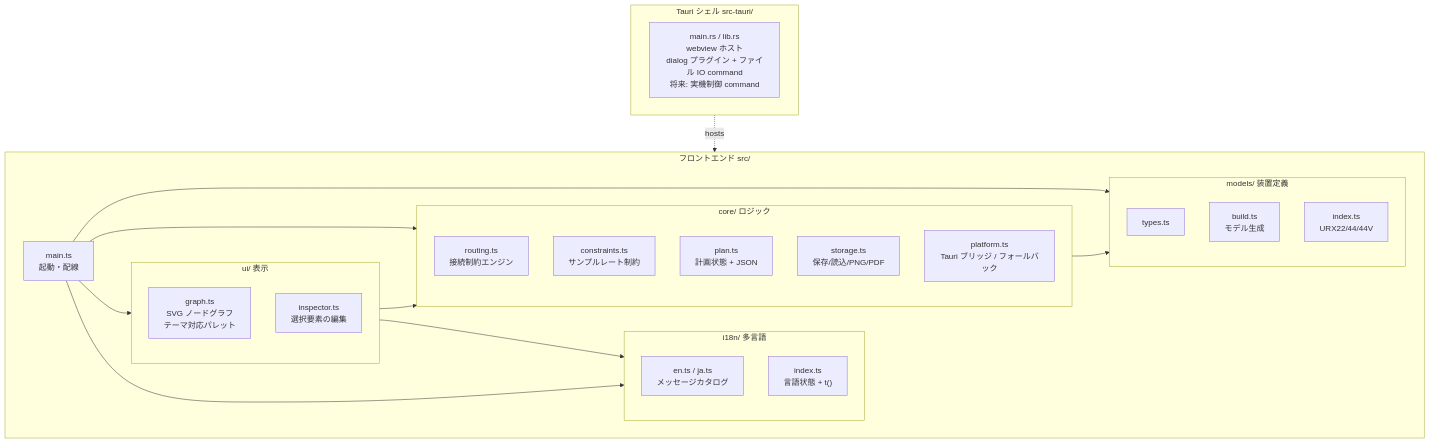
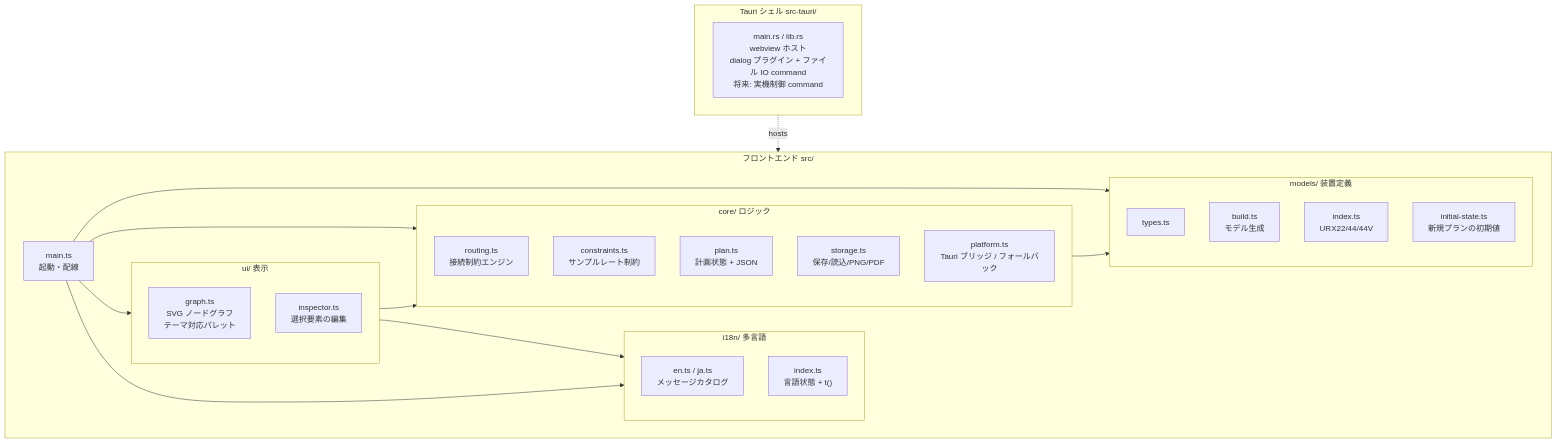
The diagram in docs/ja/architecture.md (semnil/urx-router), drawn with Mermaid before and after one commit. The commit also changed other lines of this file and 6 other files, not shown here.

First line of the commit message:
feat(plan): seed new plans from URX44V factory initial state

````diff
--- a/docs/ja/architecture.md
+++ b/docs/ja/architecture.md
@@ -24,34 +24,35 @@
 ```mermaid
 flowchart TD
   subgraph frontend[フロントエンド src/]
     main[main.ts<br/>起動・配線]
     subgraph models[models/ 装置定義]
       types[types.ts]
       build[build.ts<br/>モデル生成]
       reg[index.ts<br/>URX22/44/44V]
+      seed[initial-state.ts<br/>新規プランの初期値]
     end
     subgraph core[core/ ロジック]
       routing[routing.ts<br/>接続制約エンジン]
       constraints[constraints.ts<br/>サンプルレート制約]
       plan[plan.ts<br/>計画状態 + JSON]
       storage[storage.ts<br/>保存/読込/PNG/PDF]
       platform[platform.ts<br/>Tauri ブリッジ / フォールバック]
     end
     subgraph ui[ui/ 表示]
       graphts[graph.ts<br/>SVG ノードグラフ<br/>テーマ対応パレット]
       inspector[inspector.ts<br/>選択要素の編集]
     end
     subgraph i18n[i18n/ 多言語]
       cat[en.ts / ja.ts<br/>メッセージカタログ]
       runtime["index.ts<br/>言語状態 + t()"]
     end
   end
   subgraph shell[Tauri シェル src-tauri/]
     rust[main.rs / lib.rs<br/>webview ホスト<br/>dialog プラグイン + ファイル IO command<br/>将来: 実機制御 command]
   end
 
   main --> models & core & ui & i18n
   ui --> core & i18n
   core --> models
   shell -. hosts .-> frontend
 ```
````
